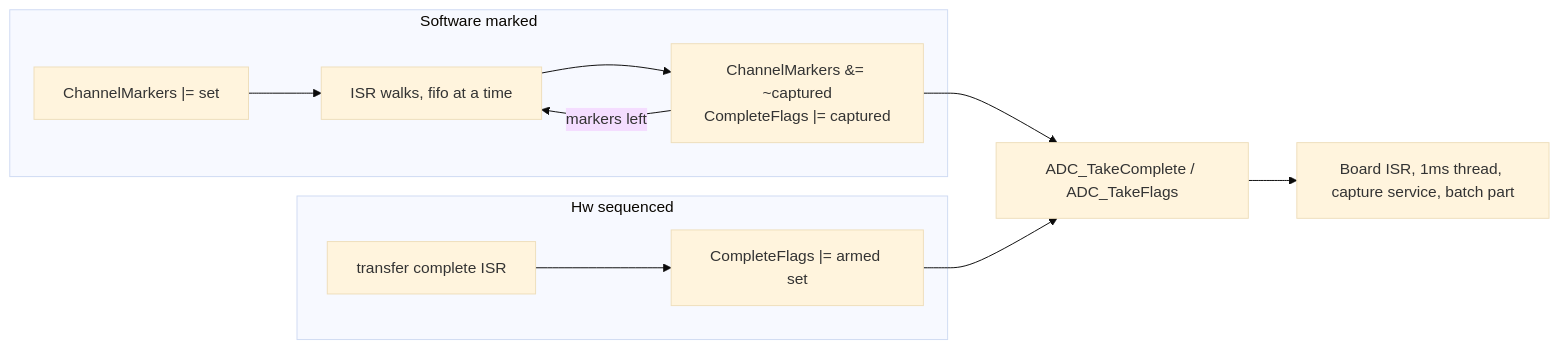
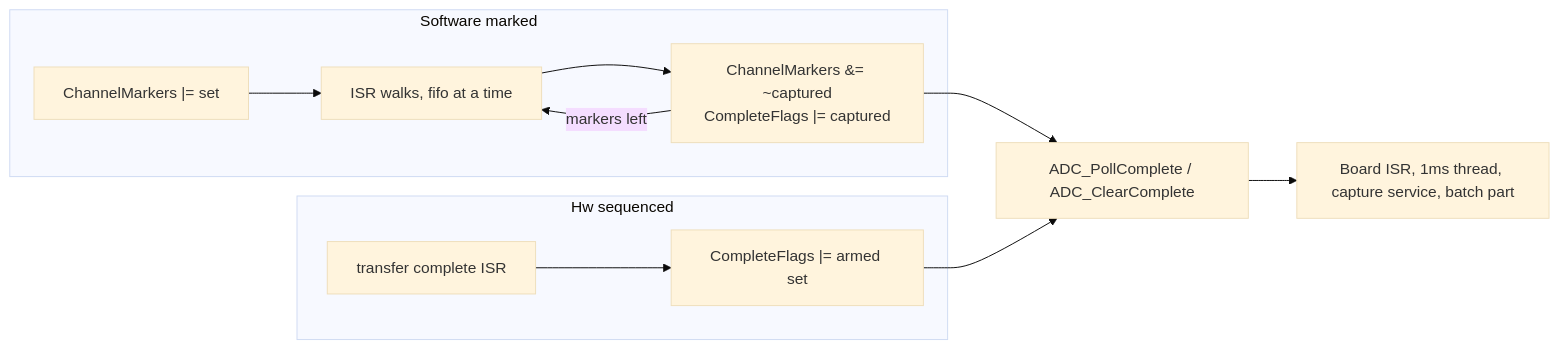
Before and after one commit to FireSourcery/FireSourcery_Library: the second of 2 diagrams in Peripheral/ADC/_.md, drawn with Mermaid (base theme). The commit also changed other lines of this file and 47 other files, not shown here.

````diff
--- a/Peripheral/ADC/_.md
+++ b/Peripheral/ADC/_.md
@@ -17,14 +17,14 @@
 ```mermaid
 flowchart LR
     subgraph SW["Software marked"]
         M["ChannelMarkers |= set"] --> W["ISR walks, fifo at a time"]
         W --> C1["ChannelMarkers &= ~captured<br/>CompleteFlags |= captured"]
         C1 -->|"markers left"| W
     end
     subgraph DMA["Hw sequenced"]
         T["transfer complete ISR"] --> C2["CompleteFlags |= armed set"]
     end
-    C1 --> R["ADC_TakeComplete / ADC_TakeFlags"]
+    C1 --> R["ADC_PollComplete / ADC_ClearComplete"]
     C2 --> R
     R --> B["Board ISR, 1ms thread, capture service, batch part"]
 ```
````
